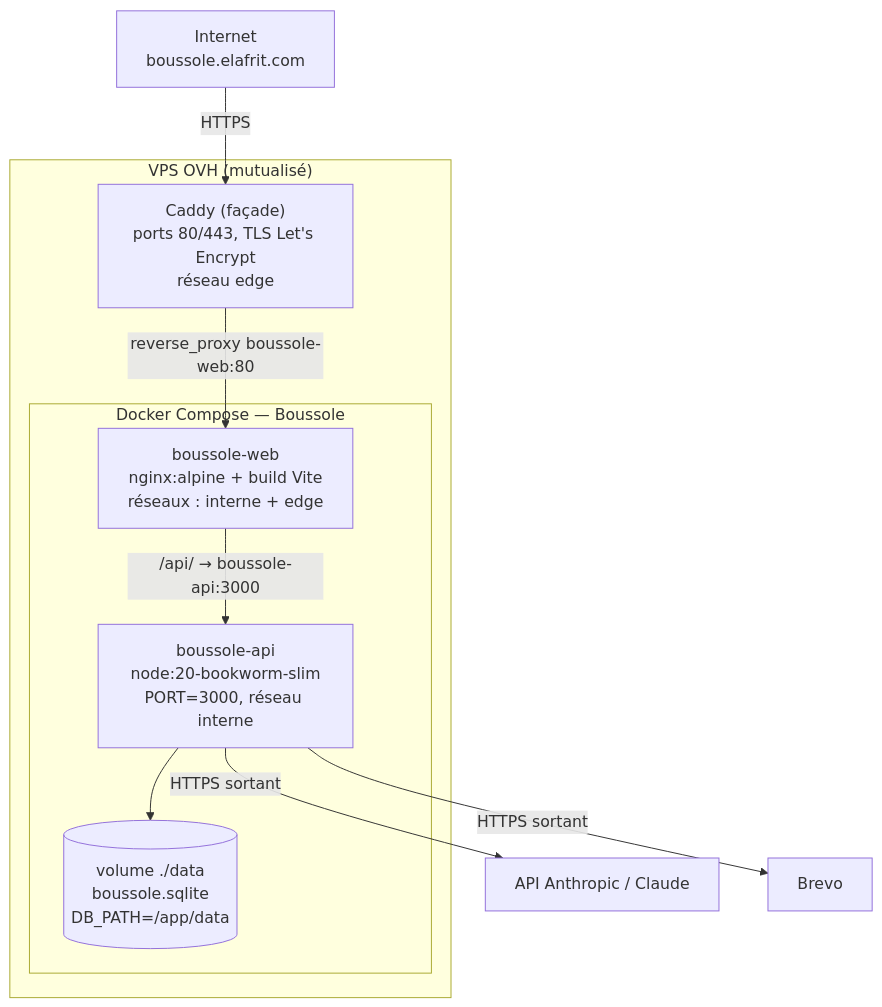
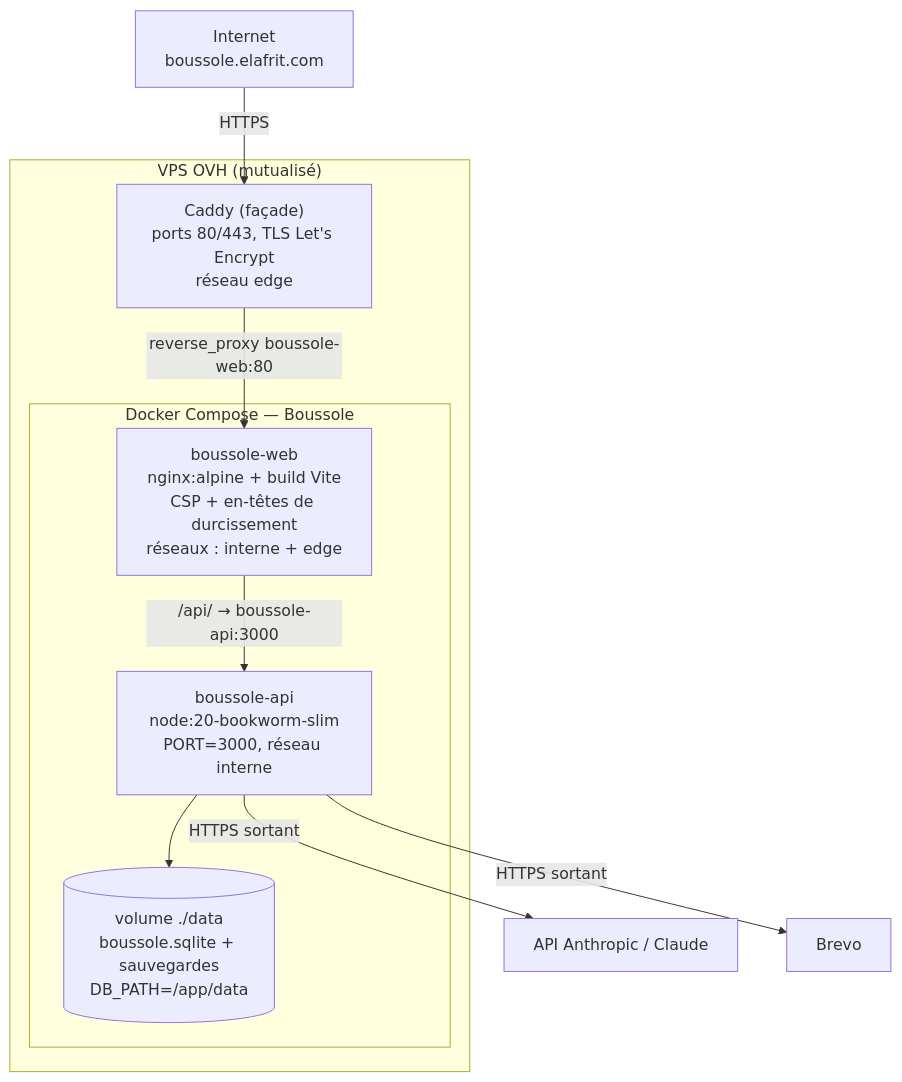
Before and after one commit to melafrit/FAD130_accompagnement_pro: the fifth of 5 diagrams in app/api/src/wiki/content/technical-architecture.md, drawn with Mermaid. The commit also changed other lines of this file and 14 other files, not shown here.

````diff
--- a/app/api/src/wiki/content/technical-architecture.md
+++ b/app/api/src/wiki/content/technical-architecture.md
@@ -246,24 +289,24 @@
 ```mermaid
 graph TD
     internet["Internet<br/>boussole.elafrit.com"]
 
     subgraph vps["VPS OVH (mutualisé)"]
         caddy["Caddy (façade)<br/>ports 80/443, TLS Let's Encrypt<br/>réseau edge"]
 
         subgraph compose["Docker Compose — Boussole"]
-            web["boussole-web<br/>nginx:alpine + build Vite<br/>réseaux : interne + edge"]
+            web["boussole-web<br/>nginx:alpine + build Vite<br/>CSP + en-têtes de durcissement<br/>réseaux : interne + edge"]
             api["boussole-api<br/>node:20-bookworm-slim<br/>PORT=3000, réseau interne"]
-            vol[("volume ./data<br/>boussole.sqlite<br/>DB_PATH=/app/data")]
+            vol[("volume ./data<br/>boussole.sqlite + sauvegardes<br/>DB_PATH=/app/data")]
         end
     end
 
     ext1["API Anthropic / Claude"]
     ext2["Brevo"]
 
     internet -->|HTTPS| caddy
     caddy -->|reverse_proxy boussole-web:80| web
     web -->|/api/ → boussole-api:3000| api
     api --> vol
     api -->|HTTPS sortant| ext1
     api -->|HTTPS sortant| ext2
 ```
````
